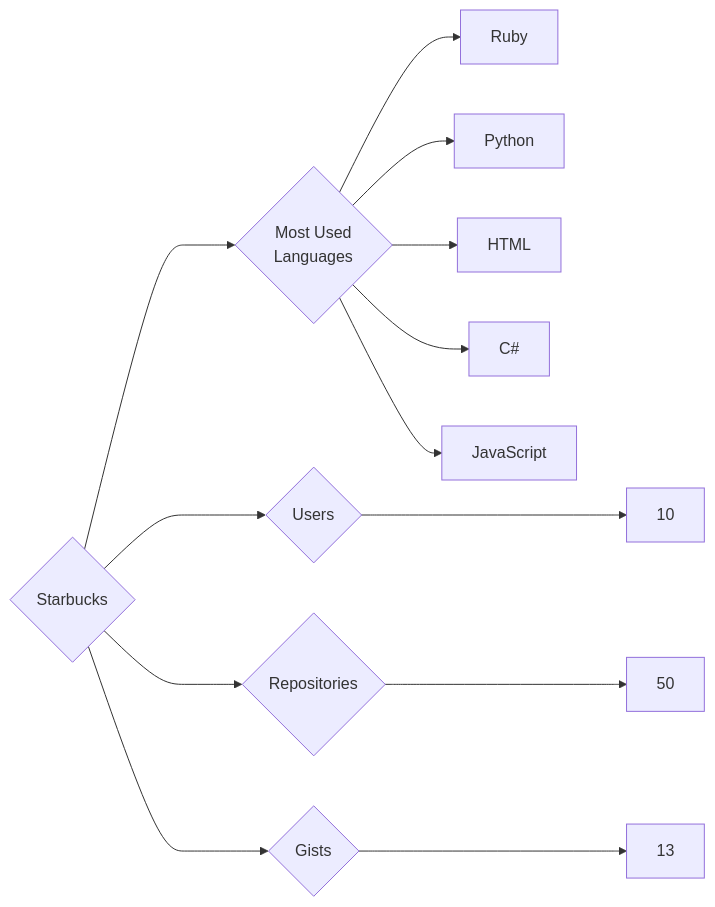
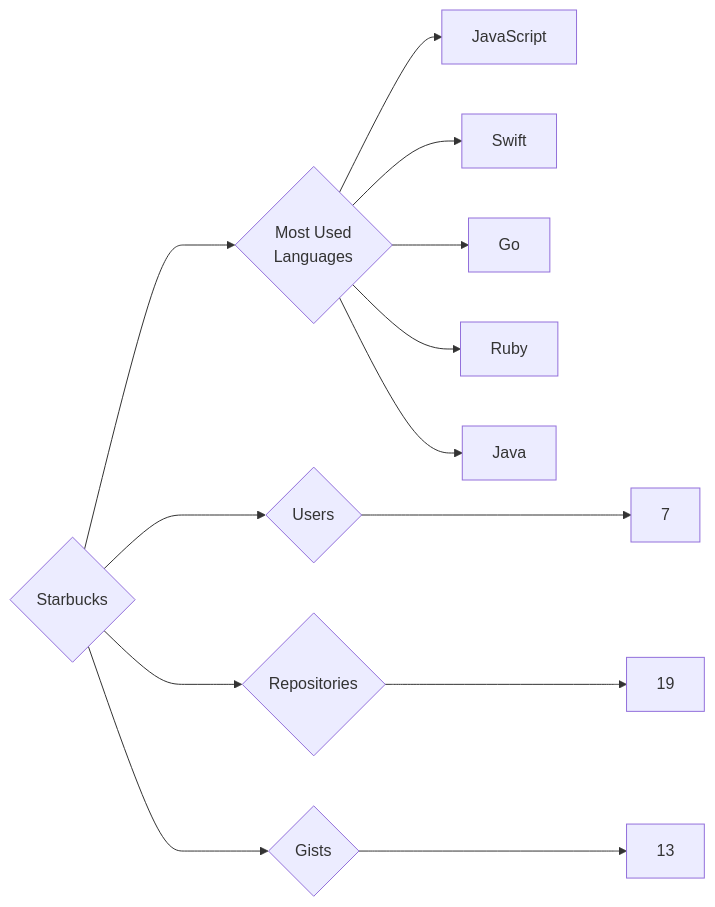
The diagram in targets/Starbucks/README.md (trickest/insiders), drawn with Mermaid before and after one commit. The commit also changed 1696 other files, not shown here.

````diff
--- a/targets/Starbucks/README.md
+++ b/targets/Starbucks/README.md
@@ -3,13 +3,13 @@
 ```mermaid
 graph LR
 COMPANY_NAME{Starbucks}
-COMPANY_NAME ---> U{Users} ---> UN[10]
-COMPANY_NAME ---> R{Repositories} ---> RN[50]
+COMPANY_NAME ---> U{Users} ---> UN[7]
+COMPANY_NAME ---> R{Repositories} ---> RN[19]
 COMPANY_NAME ---> G{Gists} ---> GN[13]
 COMPANY_NAME ---> ML{Most Used<br>Languages}
+ML --> JavaScript[JavaScript]
+ML --> Swift[Swift]
+ML --> Go[Go]
 ML --> Ruby[Ruby]
-ML --> Python[Python]
-ML --> HTML[HTML]
-ML --> C#[C#]
-ML --> JavaScript[JavaScript]
+ML --> Java[Java]
 ```
````
